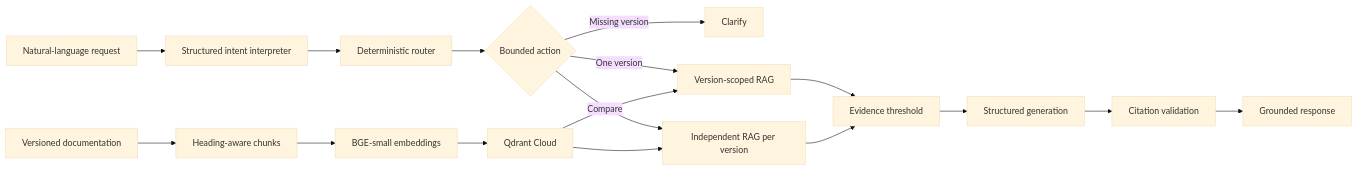
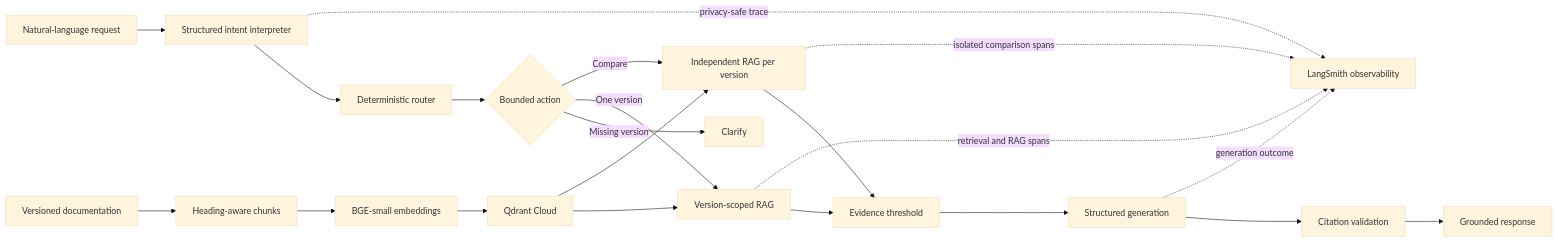
One commit to MahalaxmiK/version-aware-doc-assistant changed the diagram in README.md. Above: the diagram before and after it, drawn with Mermaid (base theme). The commit also changed other lines of this file and 10 other files, not shown here.

Commit message:
Add privacy-safe LangSmith observability

````diff
--- a/README.md
+++ b/README.md
@@ -64,23 +69,28 @@
 ```mermaid
 flowchart LR
     A[Versioned documentation] --> B[Heading-aware chunks]
     B --> C[BGE-small embeddings]
     C --> D[Qdrant Cloud]
 
     Q[Natural-language request] --> E[Structured intent interpreter]
     E --> F[Deterministic router]
     F --> G{Bounded action}
 
     G -->|Missing version| H[Clarify]
     G -->|One version| I[Version-scoped RAG]
     G -->|Compare| J[Independent RAG per version]
 
     D --> I
     D --> J
 
     I --> K[Evidence threshold]
     J --> K
     K --> L[Structured generation]
     L --> M[Citation validation]
     M --> N[Grounded response]
+
+    E -. privacy-safe trace .-> O[LangSmith observability]
+    I -. retrieval and RAG spans .-> O
+    J -. isolated comparison spans .-> O
+    L -. generation outcome .-> O
 ```
````
